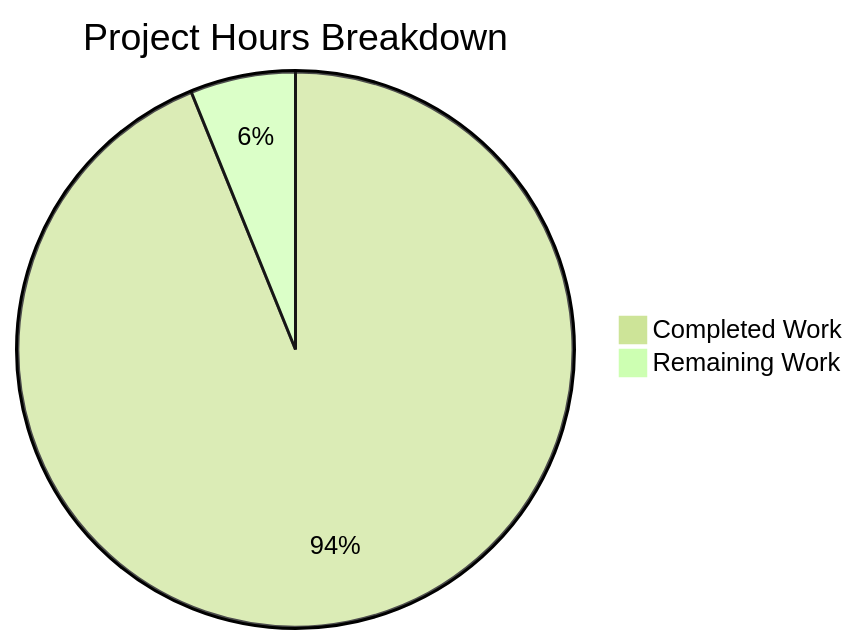
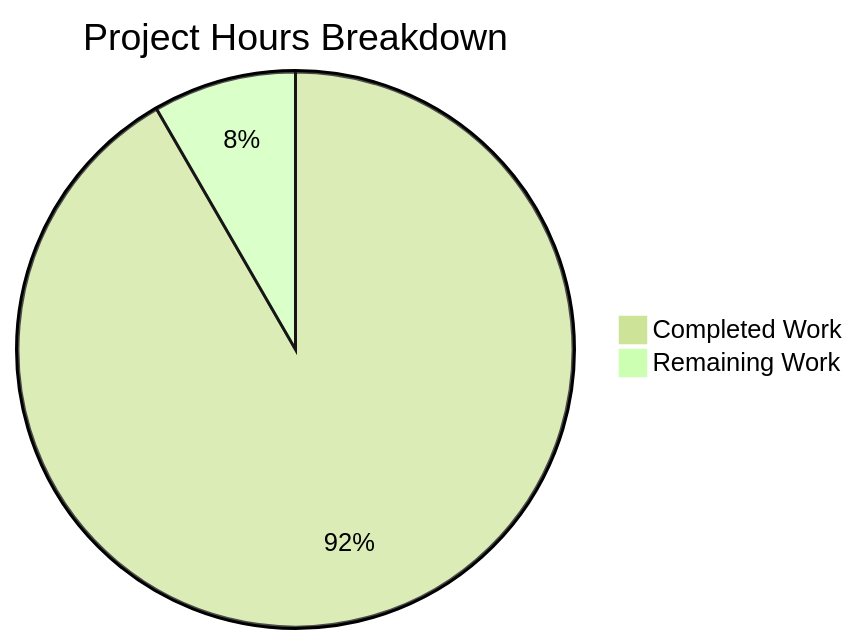
Before and after one commit to sudhanshu-spec/test-spec: the diagram in blitzy/documentation/Project Guide.md, drawn with Mermaid (forest theme). The commit also changed other lines of this file, not shown here.

Commit message:
Adding Blitzy Project Guide: Project Status and Human Tasks Remaining

````diff
--- a/blitzy/documentation/Project Guide.md
+++ b/blitzy/documentation/Project Guide.md
@@ -73,5 +64,5 @@
 ```mermaid
 pie title Project Hours Breakdown
-    "Completed Work" : 23
-    "Remaining Work" : 1.5
+    "Completed Work" : 22
+    "Remaining Work" : 2
 ```
````
